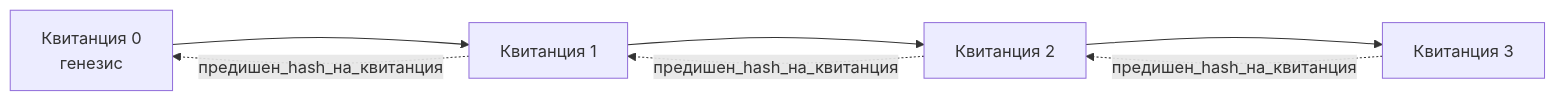
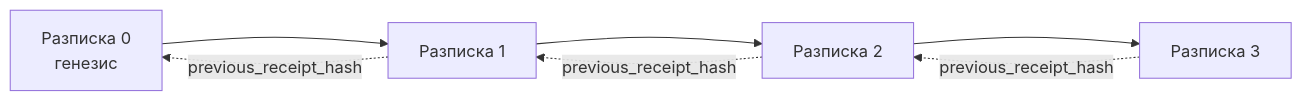
The second of 2 diagrams in translations/bg/18-securing-ai-agents/README.md (microsoft/ai-agents-for-beginners), drawn with Mermaid before and after one commit. The commit also changed other lines of this file and 223 other files, not shown here.

````diff
--- a/translations/bg/18-securing-ai-agents/README.md
+++ b/translations/bg/18-securing-ai-agents/README.md
@@ -206,9 +206,9 @@
 ```mermaid
 flowchart LR
-    R0[Квитанция 0<br/>генезис] --> R1[Квитанция 1]
-    R1 --> R2[Квитанция 2]
-    R2 --> R3[Квитанция 3]
-    R1 -. предишен_hash_на_квитанция .-> R0
-    R2 -. предишен_hash_на_квитанция .-> R1
-    R3 -. предишен_hash_на_квитанция .-> R2
+    R0[Разписка 0<br/>генезис] --> R1[Разписка 1]
+    R1 --> R2[Разписка 2]
+    R2 --> R3[Разписка 3]
+    R1 -. previous_receipt_hash .-> R0
+    R2 -. previous_receipt_hash .-> R1
+    R3 -. previous_receipt_hash .-> R2
 ```
````
